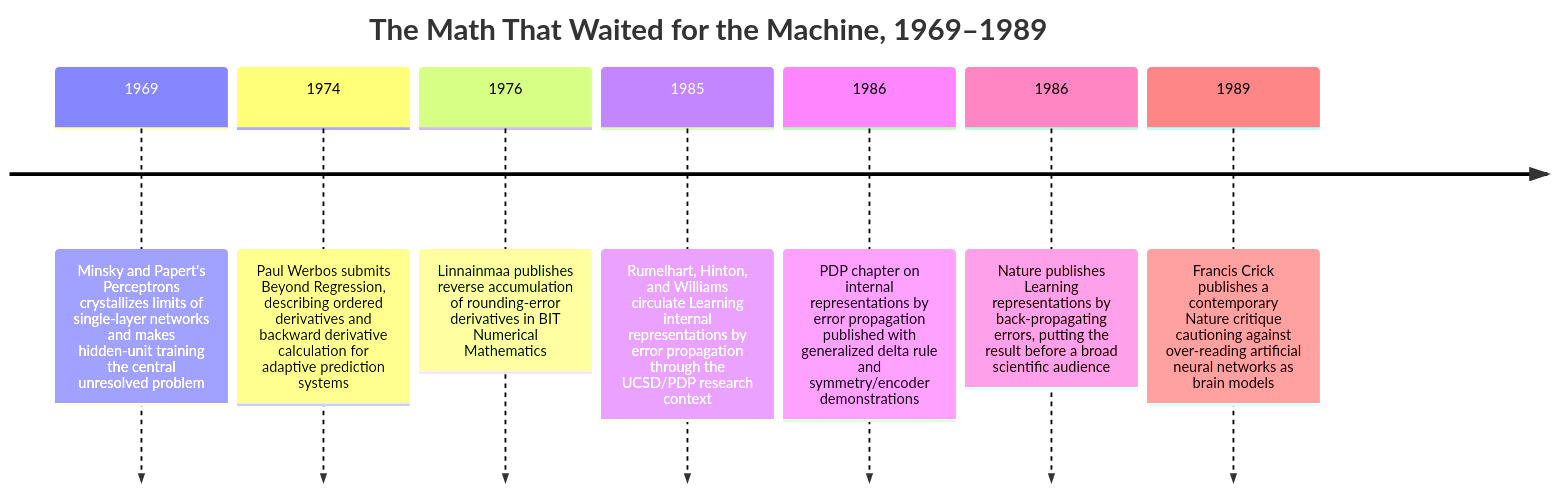
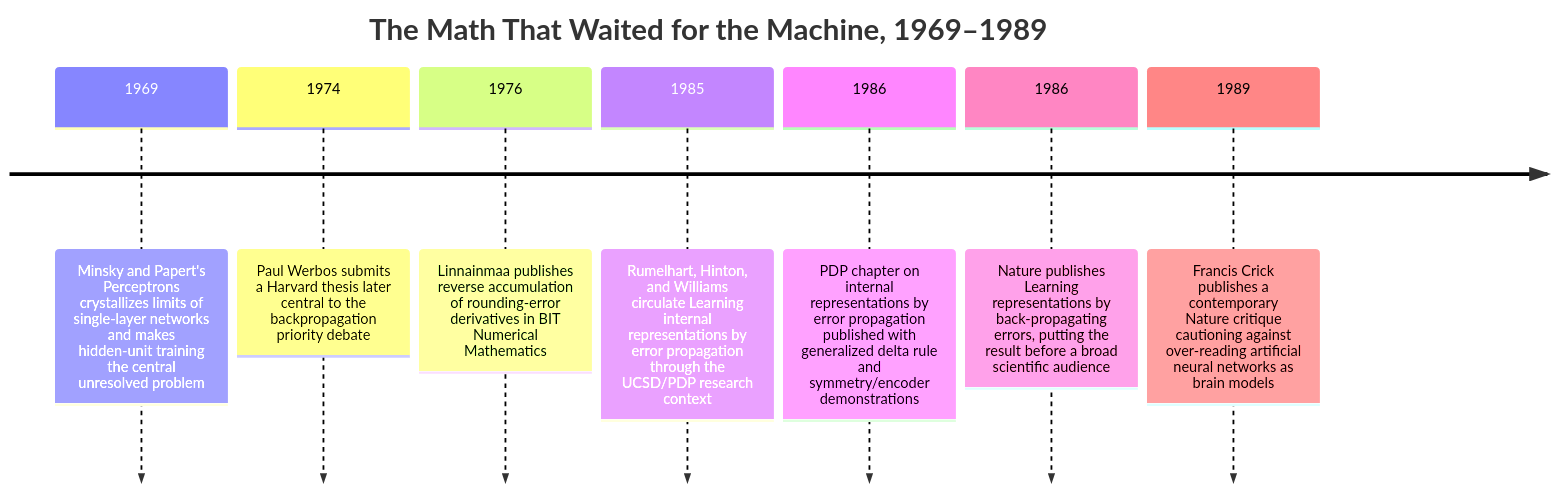
The diagram in src/content/docs/ai-history/ch-24-the-math-that-waited-for-the-machine.md (krisztiankoos/kubedojo), drawn with Mermaid before and after one commit. The commit also changed other lines of this file and 2 other files, not shown here.

````diff
--- a/src/content/docs/ai-history/ch-24-the-math-that-waited-for-the-machine.md
+++ b/src/content/docs/ai-history/ch-24-the-math-that-waited-for-the-machine.md
@@ -30,11 +30,11 @@
 ```mermaid
 timeline
     title The Math That Waited for the Machine, 1969–1989
     1969 : Minsky and Papert's Perceptrons crystallizes limits of single-layer networks and makes hidden-unit training the central unresolved problem
-    1974 : Paul Werbos submits Beyond Regression, describing ordered derivatives and backward derivative calculation for adaptive prediction systems
+    1974 : Paul Werbos submits a Harvard thesis later central to the backpropagation priority debate
     1976 : Linnainmaa publishes reverse accumulation of rounding-error derivatives in BIT Numerical Mathematics
     1985 : Rumelhart, Hinton, and Williams circulate Learning internal representations by error propagation through the UCSD/PDP research context
     1986 : PDP chapter on internal representations by error propagation published with generalized delta rule and symmetry/encoder demonstrations
     1986 : Nature publishes Learning representations by back-propagating errors, putting the result before a broad scientific audience
     1989 : Francis Crick publishes a contemporary Nature critique cautioning against over-reading artificial neural networks as brain models
 ```
````
